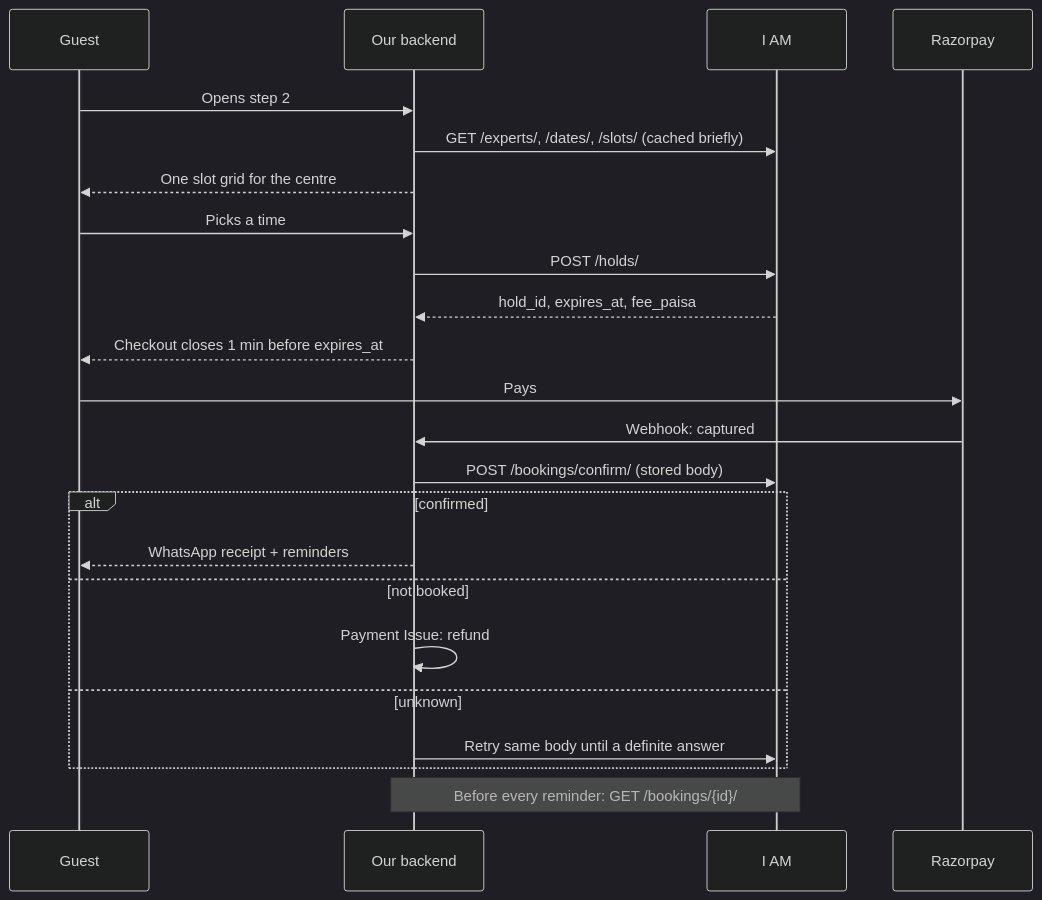
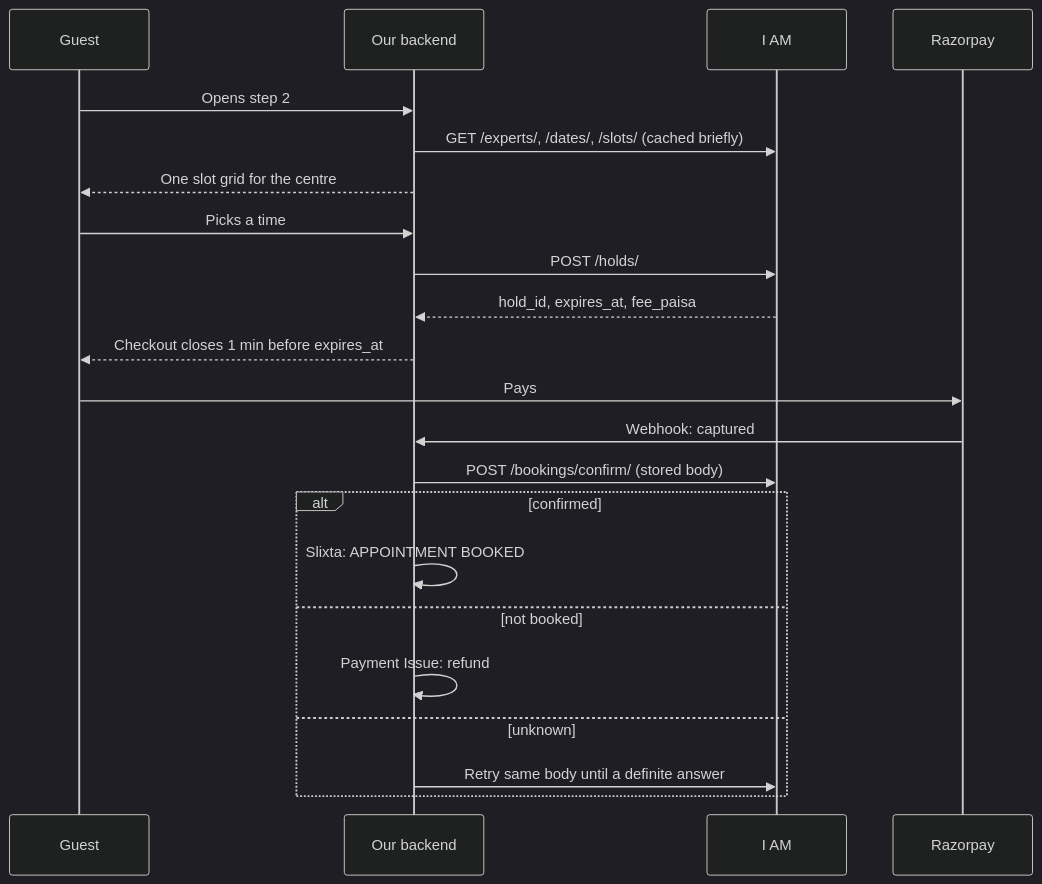
One commit to samarthmishra46/ssw changed the diagram in docs/06-iam-partner-booking.md. Above: the diagram before and after it, drawn with Mermaid (dark theme). The commit also changed other lines of this file and 40 other files, not shown here.

````diff
--- a/docs/06-iam-partner-booking.md
+++ b/docs/06-iam-partner-booking.md
@@ -44,26 +44,25 @@
 ```mermaid
 sequenceDiagram
     participant G as Guest
     participant W as Our backend
     participant I as I AM
     participant R as Razorpay
 
     G->>W: Opens step 2
     W->>I: GET /experts/, /dates/, /slots/ (cached briefly)
     W-->>G: One slot grid for the centre
     G->>W: Picks a time
     W->>I: POST /holds/
     I-->>W: hold_id, expires_at, fee_paisa
     W-->>G: Checkout closes 1 min before expires_at
     G->>R: Pays
     R->>W: Webhook: captured
     W->>I: POST /bookings/confirm/ (stored body)
     alt confirmed
-        W-->>G: WhatsApp receipt + reminders
+        W->>W: Slixta: APPOINTMENT BOOKED
     else not booked
         W->>W: Payment Issue: refund
     else unknown
         W->>I: Retry same body until a definite answer
     end
-    Note over W,I: Before every reminder: GET /bookings/{id}/
 ```
````
